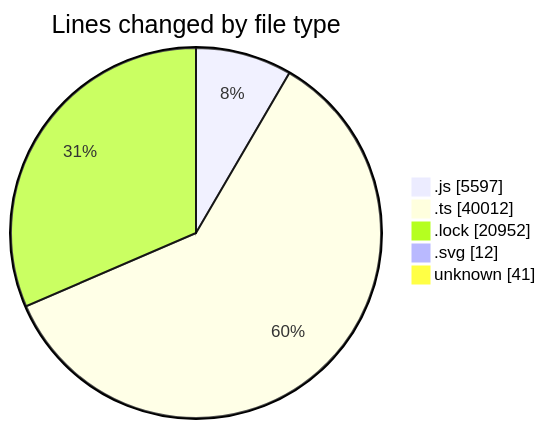
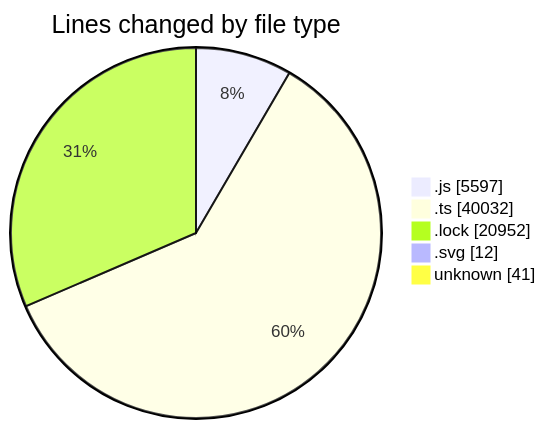
Before and after one commit to momahboobian/code-tracking: the first of 2 diagrams in 2025-08-12/cda/README.md, drawn with Mermaid. The commit also changed other lines of this file and 1 other file, not shown here.

````diff
--- a/2025-08-12/cda/README.md
+++ b/2025-08-12/cda/README.md
@@ -44,9 +44,9 @@
 ```mermaid
 pie showData
 title Lines changed by file type
 ".js" : 5597
-".ts" : 40012
+".ts" : 40032
 ".lock" : 20952
 ".svg" : 12
 "unknown" : 41
 ```
````
